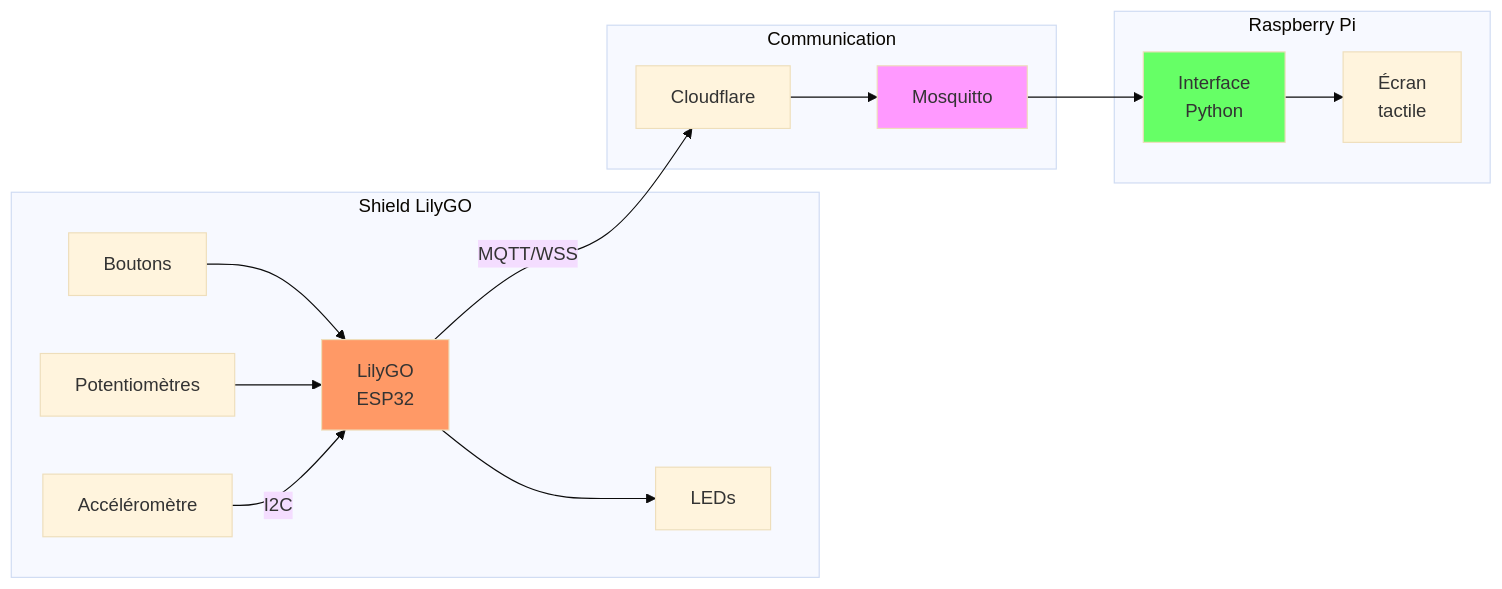
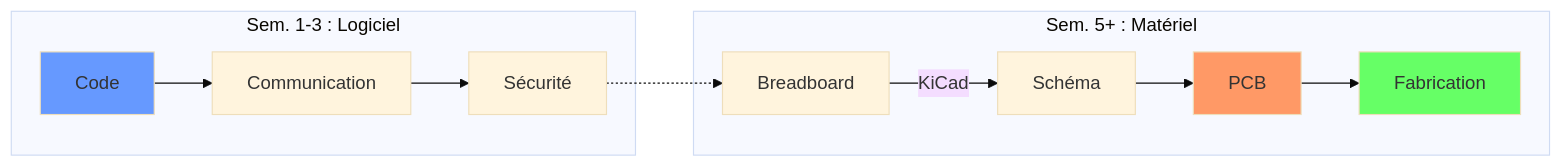
One commit to fpoisson2/243-4J5-LI changed the second of 3 diagrams in theorie/Semaine-05/diaporama/slides.md. Above: the diagram before and after it, drawn with Mermaid (base theme). The commit also changed other lines of this file and 8 other files, not shown here.

````diff
--- a/theorie/Semaine-05/diaporama/slides.md
+++ b/theorie/Semaine-05/diaporama/slides.md
@@ -1030,23 +165,19 @@
-```mermaid {scale: 0.5}
+```mermaid {scale: 0.65}
 graph LR
-    subgraph "Shield LilyGO"
-        BTN[Boutons] --> LILY[LilyGO<br/>ESP32]
-        POT[Potentiomètres] --> LILY
-        ACC[Accéléromètre] -->|I2C| LILY
-        LILY --> LED[LEDs]
+    subgraph "Sem. 1-3 : Logiciel"
+        CODE[Code] --> COMM[Communication]
+        COMM --> SEC[Sécurité]
     end
 
-    subgraph "Communication"
-        LILY -->|MQTT/WSS| CF[Cloudflare]
-        CF --> MOSQ[Mosquitto]
+    subgraph "Sem. 5+ : Matériel"
+        BREAD[Breadboard] -->|KiCad| SCH[Schéma]
+        SCH --> PCB[PCB]
+        PCB --> FAB[Fabrication]
     end
 
-    subgraph "Raspberry Pi"
-        MOSQ --> PY[Interface<br/>Python]
-        PY --> SCREEN[Écran<br/>tactile]
-    end
+    SEC -.-> BREAD
 
-    style LILY fill:#f96
-    style MOSQ fill:#f9f
-    style PY fill:#6f6
+    style CODE fill:#69f
+    style PCB fill:#f96
+    style FAB fill:#6f6
 ```
````
